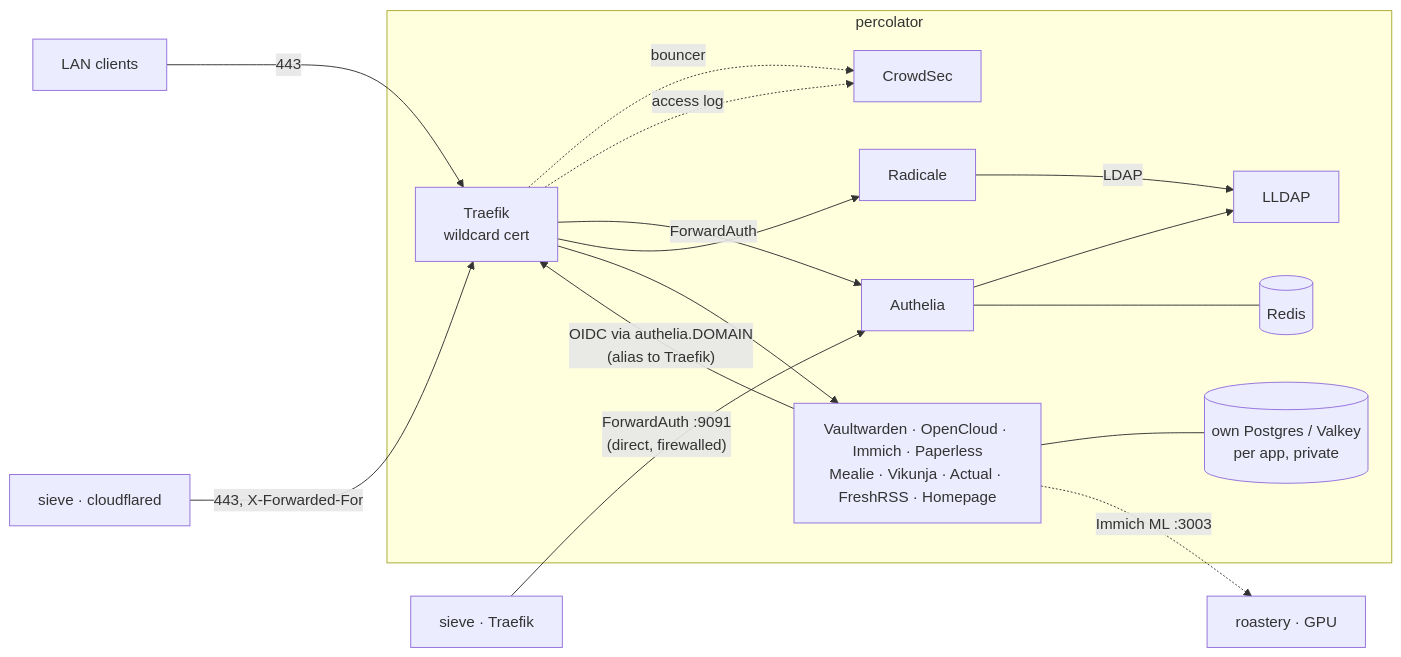
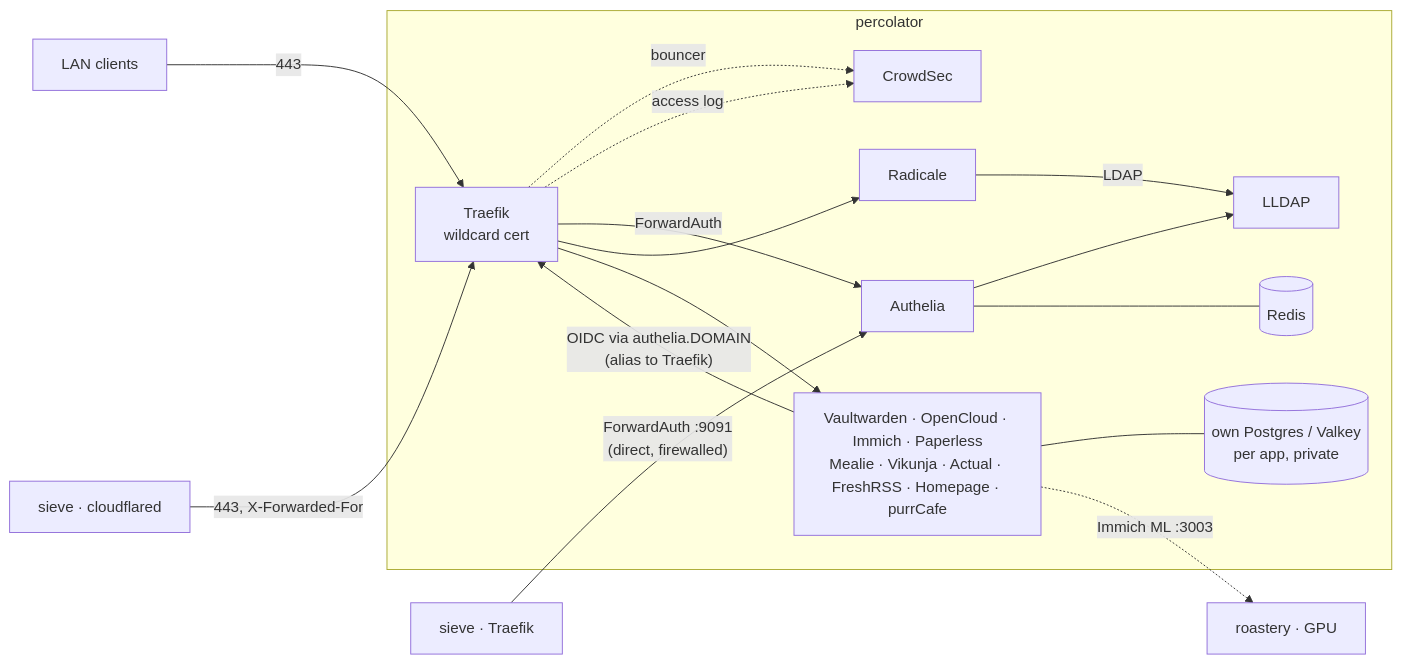
One commit to purrMonster/purrbrews-containers changed the diagram in stacks/percolator/README.md. Above: the diagram before and after it, drawn with Mermaid. The commit also changed other lines of this file and 13 other files, not shown here.

````diff
--- a/stacks/percolator/README.md
+++ b/stacks/percolator/README.md
@@ -35,19 +36,19 @@
 ```mermaid
 flowchart LR
     LAN["LAN clients"] -->|443| T
     CF["sieve · cloudflared"] -->|443, X-Forwarded-For| T
     subgraph percolator
       T["Traefik<br/>wildcard cert"] -. bouncer .-> CS["CrowdSec"]
       T -. access log .-> CS
       T -->|ForwardAuth| A["Authelia"]
       A --> L["LLDAP"]
       T --> DAV["Radicale"]
       DAV -->|LDAP| L
       A --- R[("Redis")]
-      T --> Apps["Vaultwarden · OpenCloud · Immich · Paperless<br/>Mealie · Vikunja · Actual · FreshRSS · Homepage"]
+      T --> Apps["Vaultwarden · OpenCloud · Immich · Paperless<br/>Mealie · Vikunja · Actual · FreshRSS · Homepage · purrCafe"]
       Apps -->|"OIDC via authelia.DOMAIN<br/>(alias to Traefik)"| T
       Apps --- DB[("own Postgres / Valkey<br/>per app, private")]
     end
     ST["sieve · Traefik"] -->|"ForwardAuth :9091<br/>(direct, firewalled)"| A
     Apps -. "Immich ML :3003" .-> RO["roastery · GPU"]
 ```
````
